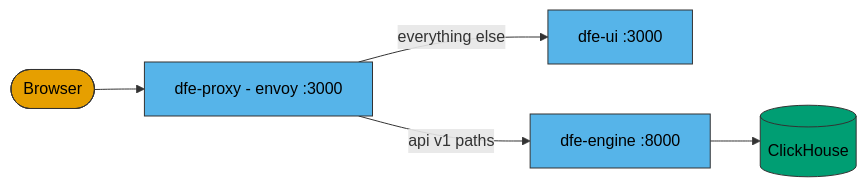
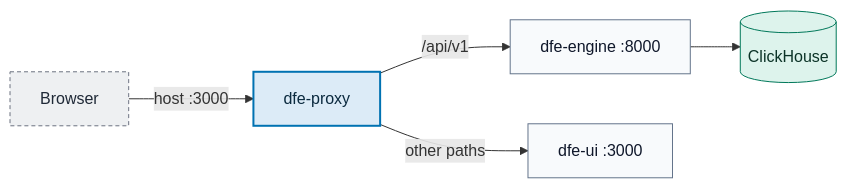
The third of 4 diagrams in docs/architecture.md (hyperi-io/dfe-docker), drawn with Mermaid before and after one commit. The commit also changed other lines of this file and 28 other files, not shown here.

First line of the commit message:
docs(docker): fix claims and redraw diagrams

````diff
--- a/docs/architecture.md
+++ b/docs/architecture.md
@@ -129,17 +142,24 @@
 ```mermaid
 flowchart LR
-    classDef ext fill:#E69F00,stroke:#333333,color:#000000
-    classDef dfe fill:#56B4E9,stroke:#333333,color:#000000
-    classDef store fill:#009E73,stroke:#333333,color:#000000
+    accTitle: L4 Detail -- One console origin
+    accDescr: A browser reaches dfe-proxy on host port 3000. dfe-proxy sends paths under /api/v1 to dfe-engine and every other path to dfe-ui. dfe-engine reads and writes ClickHouse.
 
-    user(["Browser"]):::ext
-    proxy["dfe-proxy - envoy :3000"]:::dfe
-    ui["dfe-ui :3000"]:::dfe
-    engine["dfe-engine :8000"]:::dfe
-    ch[(ClickHouse)]:::store
+    browser["Browser"]
+    proxy["dfe-proxy"]
+    engine["dfe-engine :8000"]
+    ui["dfe-ui :3000"]
+    ch[("ClickHouse")]
 
-    user --> proxy
-    proxy -->|api v1 paths| engine
-    proxy -->|everything else| ui
+    browser -->|host :3000| proxy
+    proxy -->|/api/v1| engine
+    proxy -->|other paths| ui
     engine --> ch
+
+    classDef default fill:#F8FAFC,stroke:#64748B,stroke-width:1px,color:#0F172A
+    classDef core fill:#DCEBF7,stroke:#0072B2,stroke-width:2px,color:#0B2A3F
+    classDef store fill:#DDF3EC,stroke:#00785A,stroke-width:1px,color:#0B3327
+    classDef ext fill:#EEF0F2,stroke:#6B7280,stroke-width:1px,stroke-dasharray:4 3,color:#1F2937
+    class browser ext
+    class proxy core
+    class ch store
 ```
````
